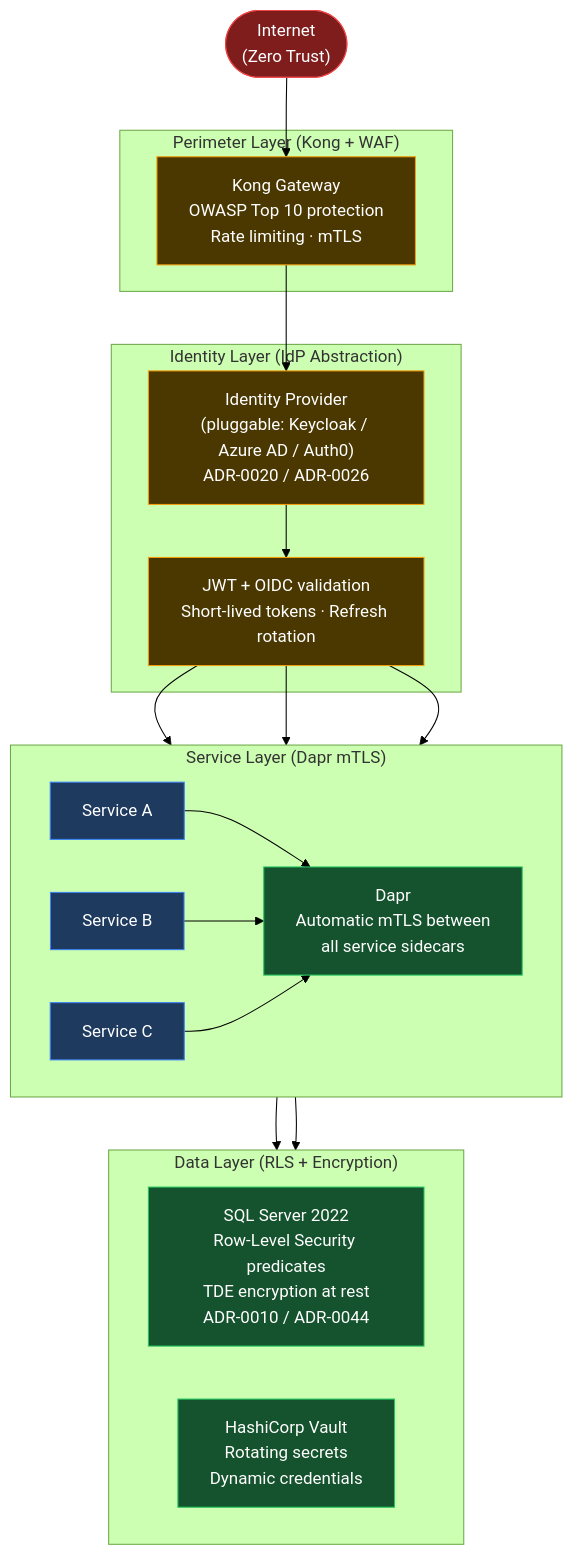
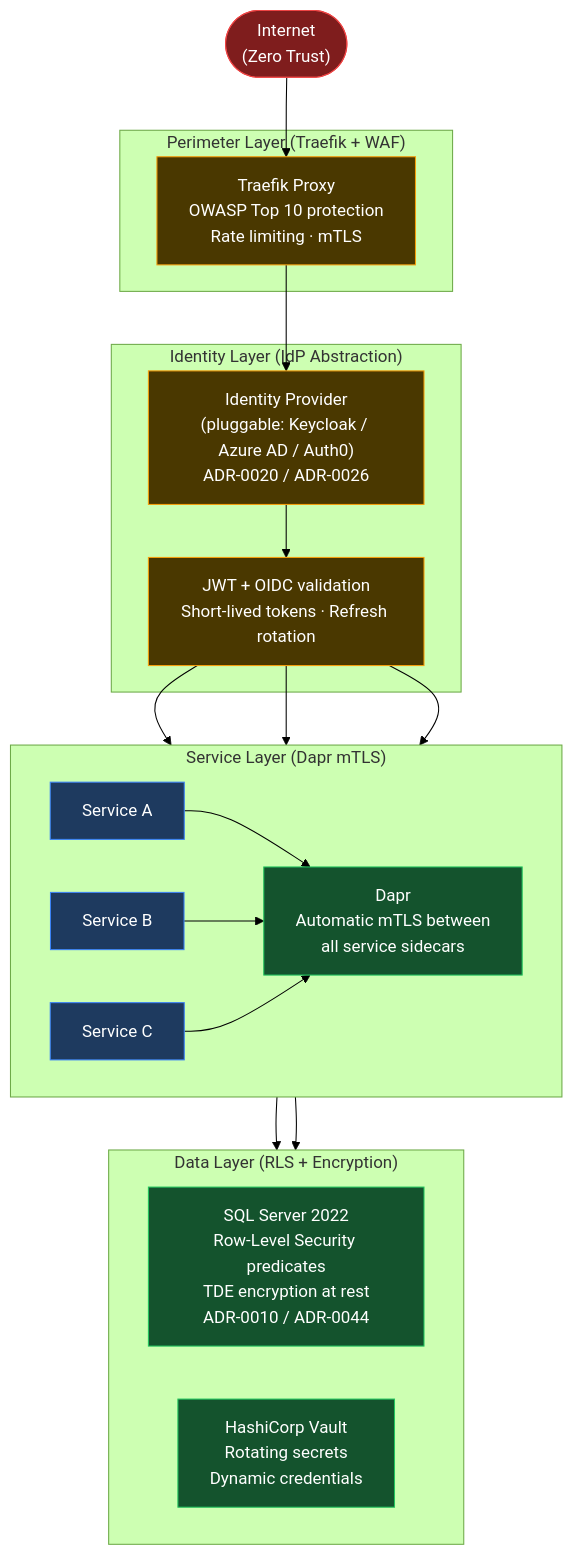
One commit to beyondnetcode/evolith_arch32 changed the fourth of 5 diagrams in reference/governance/standards/communication/visuals/v08-infrastructure-topology.md. Above: the diagram before and after it, drawn with Mermaid (forest theme). The commit also changed other lines of this file and 23 other files, not shown here.

Commit message:
feat(infra): introduce helm charts, opa bundle architecture, and dual-engine governance rules

````diff
--- a/reference/governance/standards/communication/visuals/v08-infrastructure-topology.md
+++ b/reference/governance/standards/communication/visuals/v08-infrastructure-topology.md
@@ -176,39 +179,39 @@
 ```mermaid
 flowchart TD
     classDef untrusted fill:#7f1d1d,stroke:#ef4444,color:#fff
     classDef perimeter fill:#4a3800,stroke:#f59e0b,color:#fff
     classDef trusted fill:#14532d,stroke:#22c55e,color:#fff
     classDef service fill:#1e3a5f,stroke:#3b82f6,color:#fff
 
     INTERNET([" Internet\n(Zero Trust)"]):::untrusted
 
-    subgraph P1["Perimeter Layer (Kong + WAF)"]
-        KONG2["Kong Gateway\nOWASP Top 10 protection\nRate limiting · mTLS"]:::perimeter
+    subgraph P1["Perimeter Layer (Traefik + WAF)"]
+        TRAEFIK2["Traefik Proxy\nOWASP Top 10 protection\nRate limiting · mTLS"]:::perimeter
     end
 
     subgraph P2["Identity Layer (IdP Abstraction)"]
         IDP["Identity Provider\n(pluggable: Keycloak / Azure AD / Auth0)\nADR-0020 / ADR-0026"]:::perimeter
         JWT2["JWT + OIDC validation\nShort-lived tokens · Refresh rotation"]:::perimeter
     end
 
     subgraph P3["Service Layer (Dapr mTLS)"]
         direction LR
         SVC_A["Service A"]:::service
         SVC_B["Service B"]:::service
         SVC_C["Service C"]:::service
         DAPR2["Dapr\nAutomatic mTLS between\nall service sidecars"]:::trusted
     end
 
     subgraph P4["Data Layer (RLS + Encryption)"]
         direction LR
         DB2["SQL Server 2022\nRow-Level Security predicates\nTDE encryption at rest\nADR-0010 / ADR-0044"]:::trusted
         VAULT2["HashiCorp Vault\nRotating secrets\nDynamic credentials"]:::trusted
     end
 
-    INTERNET --> KONG2
-    KONG2 --> IDP
+    INTERNET --> TRAEFIK2
+    TRAEFIK2 --> IDP
     IDP --> JWT2
     JWT2 --> SVC_A & SVC_B & SVC_C
     SVC_A & SVC_B & SVC_C --> DAPR2
     DAPR2 --> DB2 & VAULT2
 ```
````
